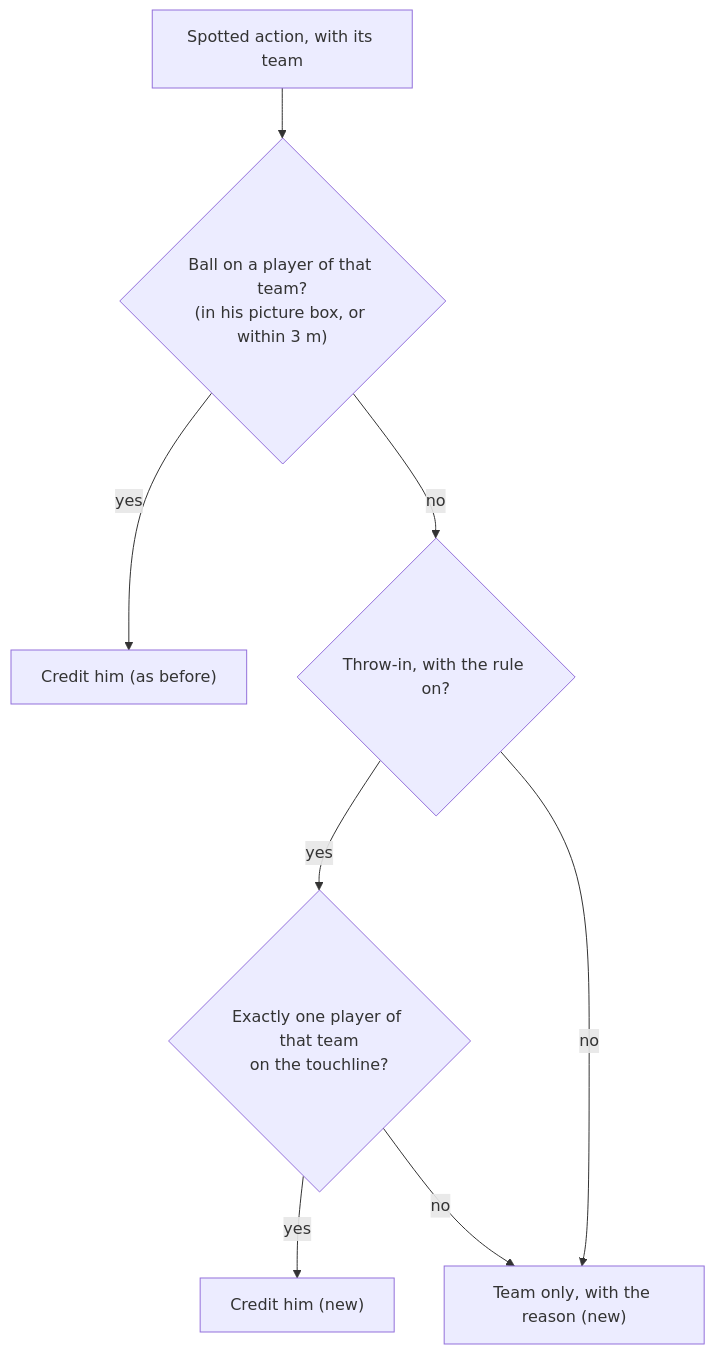
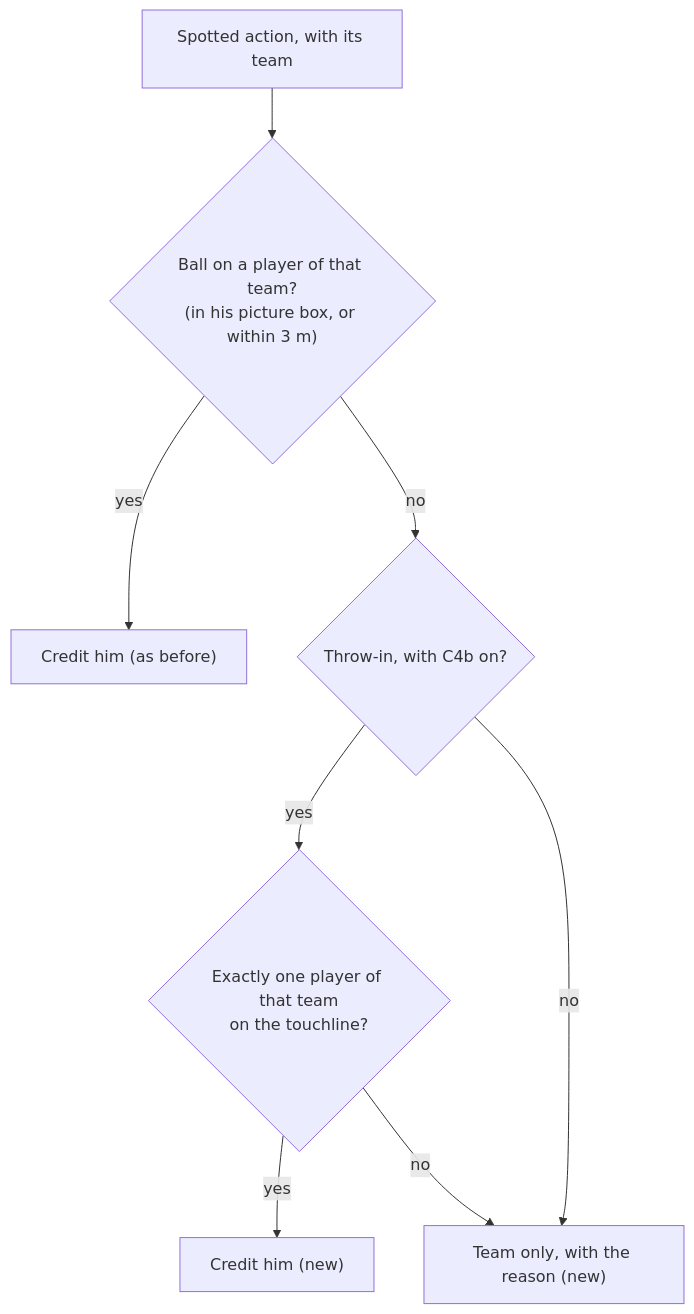
One commit to havochadi/AIFootballProfiler changed the third of 3 diagrams in README.md. Above: the diagram before and after it, drawn with Mermaid. The commit also changed other lines of this file, not shown here.

````diff
--- a/README.md
+++ b/README.md
@@ -179,10 +179,10 @@
 ```mermaid
 flowchart TD
     P["Spotted action, with its team"] --> Q1{"Ball on a player of that team?<br>(in his picture box, or within 3 m)"}
     Q1 -- yes --> OK["Credit him (as before)"]
-    Q1 -- no --> Q2{"Throw-in, with the rule on?"}
+    Q1 -- no --> Q2{"Throw-in, with C4b on?"}
     Q2 -- yes --> Q3{"Exactly one player of that team<br>on the touchline?"}
     Q3 -- yes --> OK2["Credit him (new)"]
     Q3 -- no --> NO["Team only, with the reason (new)"]
     Q2 -- no --> NO
 ```
````
